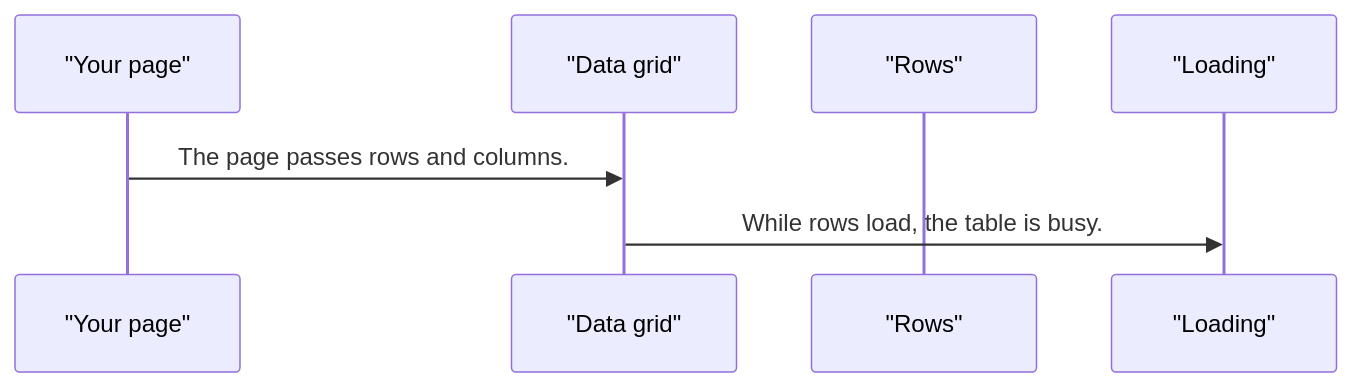
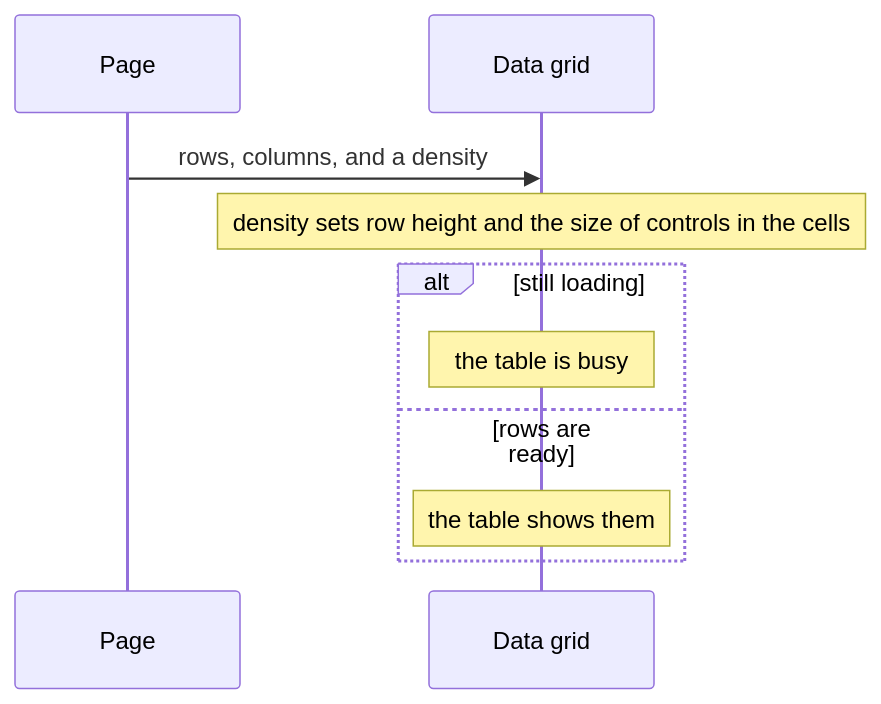
One commit to RajshekharBorate/pixel-ui changed the second of 6 diagrams in projects/pixel-ui/src/lib/pixel-data-grid/DESIGN.md. Above: the diagram before and after it, drawn with Mermaid. The commit also changed other lines of this file and 73 other files, not shown here.

Commit message:
Explain who owns each value and what each flow does in every component and service design.

````diff
--- a/projects/pixel-ui/src/lib/pixel-data-grid/DESIGN.md
+++ b/projects/pixel-ui/src/lib/pixel-data-grid/DESIGN.md
@@ -70,9 +82,12 @@
 ```mermaid
 sequenceDiagram
-  participant page as "Your page"
-  participant grid as "Data grid"
-  participant row as "Rows"
-  participant busy as "Loading"
-  page->>grid: The page passes rows and columns.
-  grid->>busy: While rows load, the table is busy.
+  participant Page
+  participant Grid as Data grid
+  Page->>Grid: rows, columns, and a density
+  Note over Grid: density sets row height and the size of controls in the cells
+  alt still loading
+    Note over Grid: the table is busy
+  else rows are ready
+    Note over Grid: the table shows them
+  end
 ```
````
